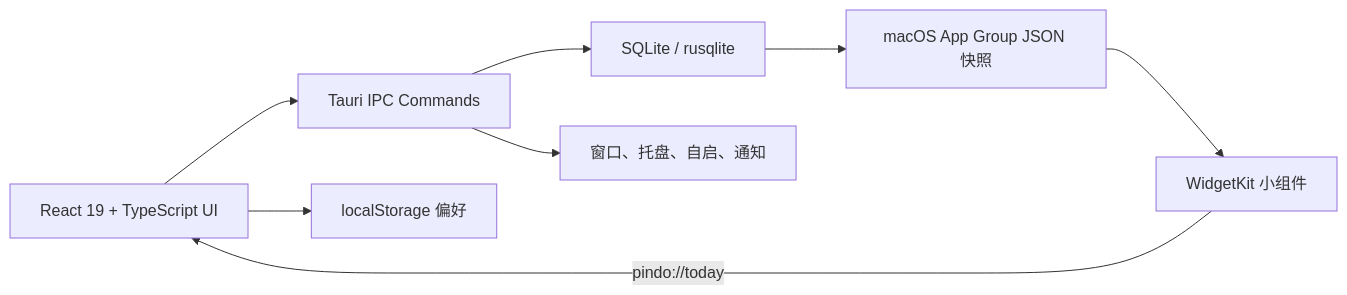
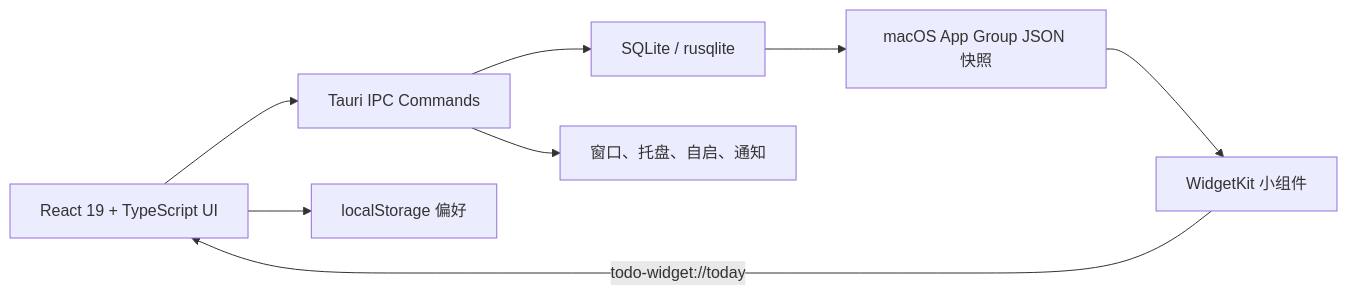
The diagram in docs/BluNote-v0.2.2-功能说明书.md (kelviNnn7/todoList), drawn with Mermaid before and after one commit. The commit also changed other lines of this file and 24 other files, not shown here.

````diff
--- a/docs/BluNote-v0.2.2-功能说明书.md
+++ b/docs/BluNote-v0.2.2-功能说明书.md
@@ -215,10 +214,10 @@
 ```mermaid
 flowchart LR
   UI["React 19 + TypeScript UI"] --> CORE["Tauri IPC Commands"]
   UI --> PREF["localStorage 偏好"]
   CORE --> DB["SQLite / rusqlite"]
   CORE --> OS["窗口、托盘、自启、通知"]
   DB --> SNAP["macOS App Group JSON 快照"]
   SNAP --> WIDGET["WidgetKit 小组件"]
-  WIDGET -->|"pindo://today"| UI
+  WIDGET -->|"todo-widget://today"| UI
 ```
````
